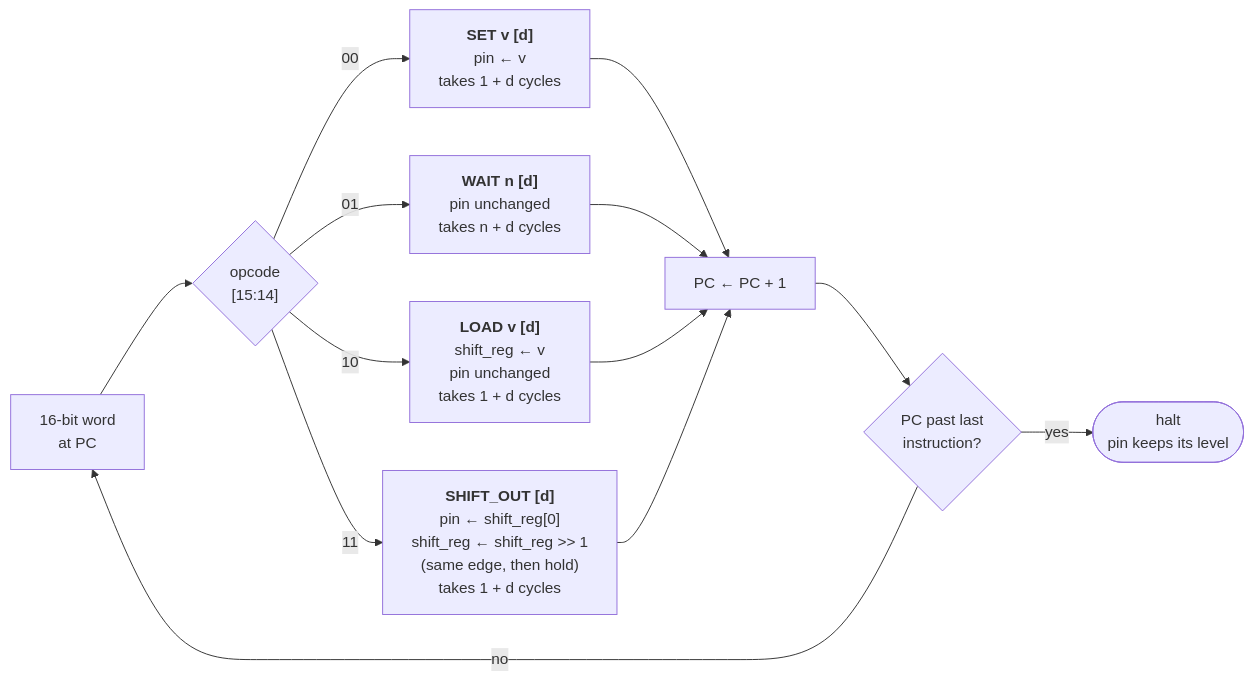
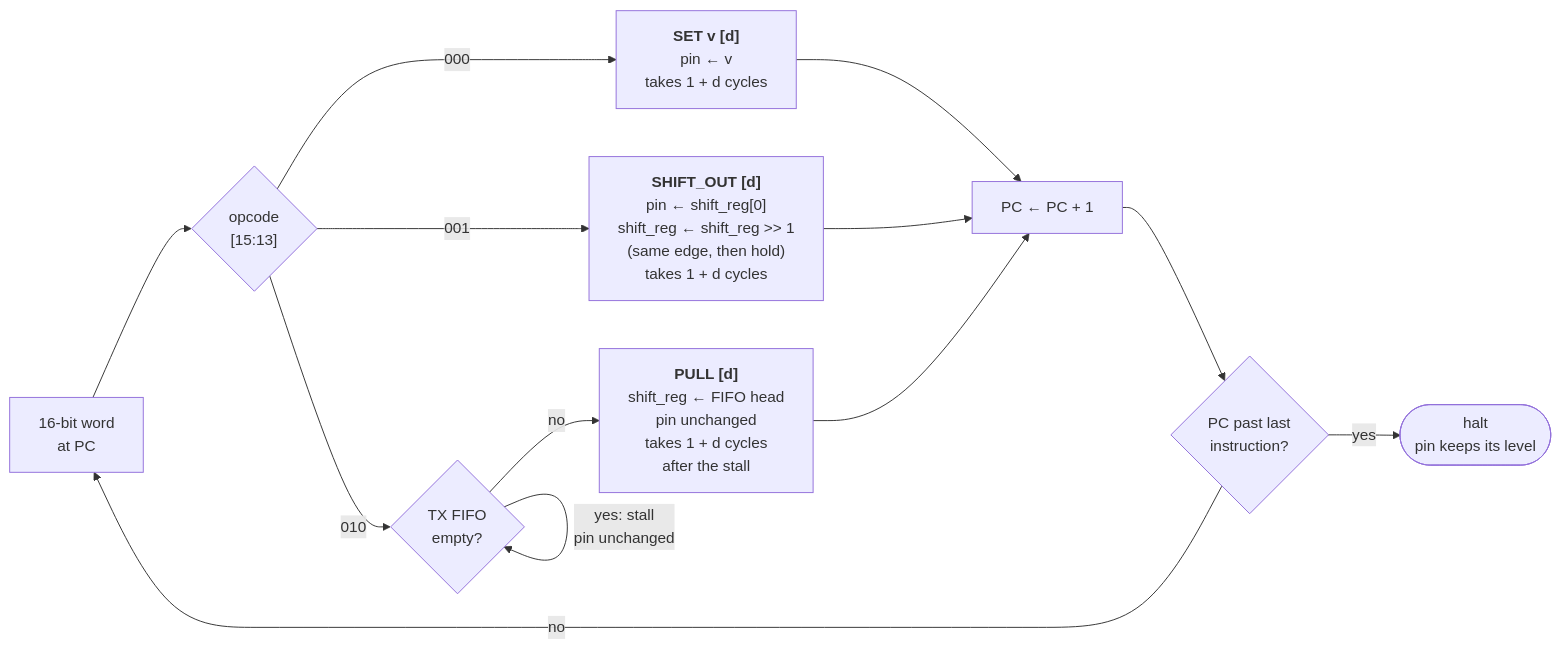
One commit to cshieldsce/smallcore changed the diagram in docs/isa_execute.mmd. Above: the diagram before and after it, drawn with Mermaid. The commit also changed 12 other files, not shown here.

First line of the commit message:
update diagrams for the 3 instruction isa

```diff
--- a/docs/isa_execute.mmd
+++ b/docs/isa_execute.mmd
@@ -1,13 +1,13 @@
 flowchart LR
-  W["16-bit word<br/>at PC"] --> OP{"opcode<br/>[15:14]"}
-  OP -->|00| SET["<b>SET v [d]</b><br/>pin ← v<br/>takes 1 + d cycles"]
-  OP -->|01| WAIT["<b>WAIT n [d]</b><br/>pin unchanged<br/>takes n + d cycles"]
-  OP -->|10| LOAD["<b>LOAD v [d]</b><br/>shift_reg ← v<br/>pin unchanged<br/>takes 1 + d cycles"]
-  OP -->|11| SHIFT["<b>SHIFT_OUT [d]</b><br/>pin ← shift_reg[0]<br/>shift_reg ← shift_reg >> 1<br/>(same edge, then hold)<br/>takes 1 + d cycles"]
+  W["16-bit word<br/>at PC"] --> OP{"opcode<br/>[15:13]"}
+  OP -->|000| SET["<b>SET v [d]</b><br/>pin ← v<br/>takes 1 + d cycles"]
+  OP -->|001| SHIFT["<b>SHIFT_OUT [d]</b><br/>pin ← shift_reg[0]<br/>shift_reg ← shift_reg >> 1<br/>(same edge, then hold)<br/>takes 1 + d cycles"]
+  OP -->|010| EMPTY{"TX FIFO<br/>empty?"}
+  EMPTY -->|"yes: stall<br/>pin unchanged"| EMPTY
+  EMPTY -->|no| PULL["<b>PULL [d]</b><br/>shift_reg ← FIFO head<br/>pin unchanged<br/>takes 1 + d cycles<br/>after the stall"]
   SET --> NEXT["PC ← PC + 1"]
-  WAIT --> NEXT
-  LOAD --> NEXT
   SHIFT --> NEXT
+  PULL --> NEXT
   NEXT --> END{"PC past last<br/>instruction?"}
   END -->|no| W
   END -->|yes| HALT(["halt<br/>pin keeps its level"])
```
